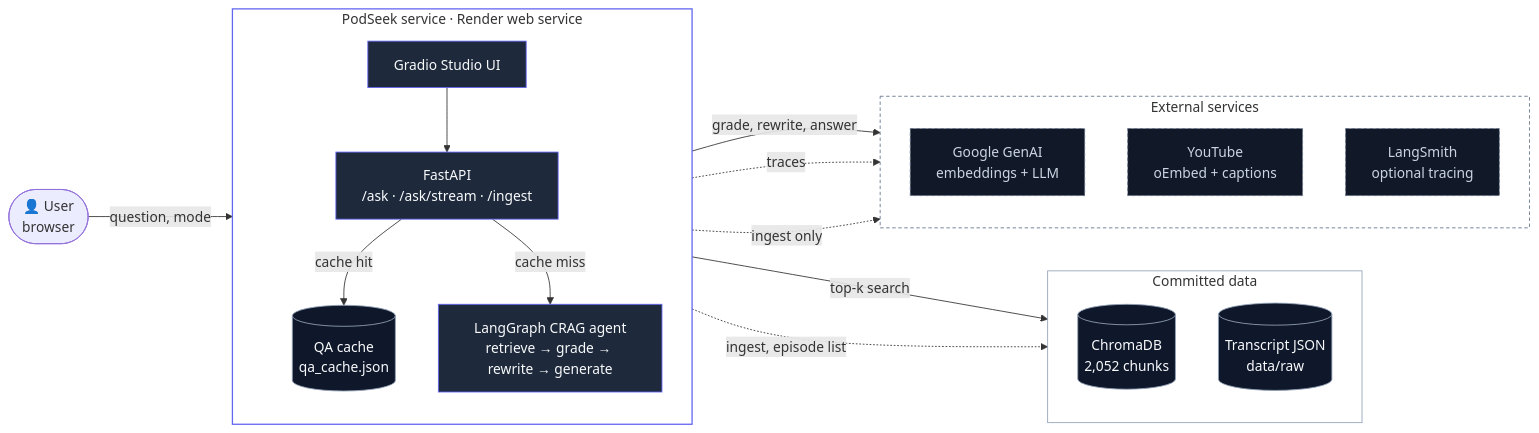
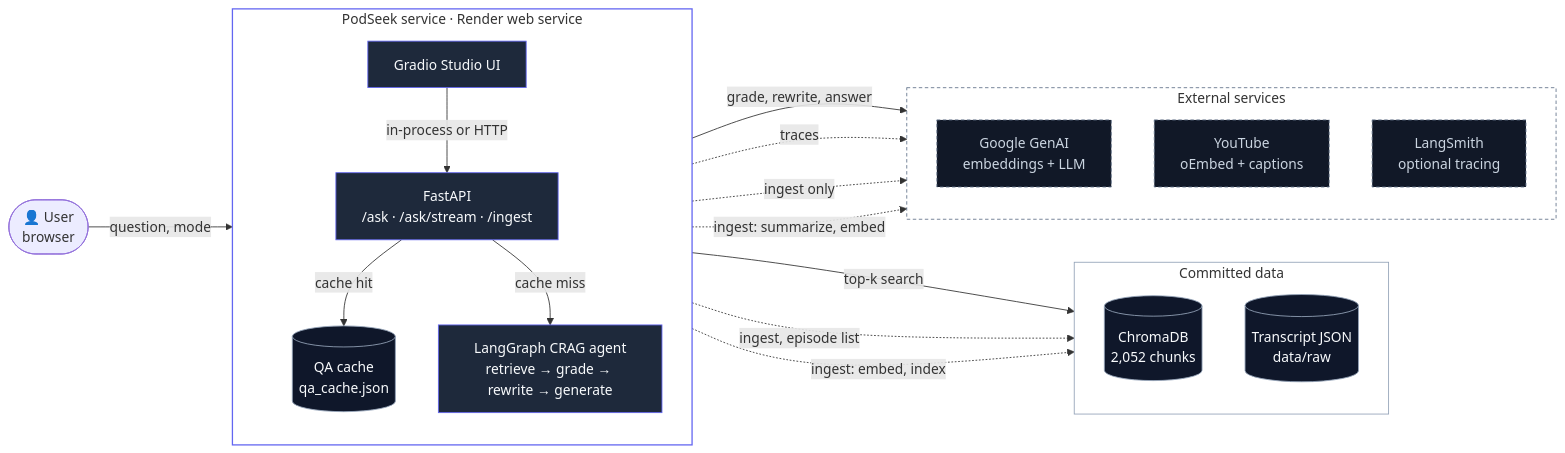
Before and after one commit to nmhiremath/PodSeek: the first of 2 diagrams in README.md, drawn with Mermaid. The commit also changed other lines of this file and 8 other files, not shown here.

Commit message:
docs: visible mode trails, contrast fixes, drop D2 diagram, ingest edges

````diff
--- a/README.md
+++ b/README.md
@@ -129,45 +122,47 @@
 ```mermaid
 flowchart LR
     user(["👤 User<br/>browser"])
 
     subgraph svc["PodSeek service · Render web service"]
         direction TB
         ui["Gradio Studio UI"]
         api["FastAPI<br/>/ask · /ask/stream · /ingest"]
         cache[("QA cache<br/>qa_cache.json")]
         agent["LangGraph CRAG agent<br/>retrieve → grade → rewrite → generate"]
-        ui --> api
+        ui -- "in-process or HTTP" --> api
         api -- "cache hit" --> cache
         api -- "cache miss" --> agent
     end
 
     subgraph data["Committed data"]
         direction TB
         chroma[("ChromaDB<br/>2,052 chunks")]
         raw[("Transcript JSON<br/>data/raw")]
     end
 
     subgraph ext["External services"]
         direction TB
         gemini["Google GenAI<br/>embeddings + LLM"]
         yt["YouTube<br/>oEmbed + captions"]
         ls["LangSmith<br/>optional tracing"]
     end
 
     user -- "question, mode" --> ui
     agent -- "top-k search" --> chroma
     agent -- "grade, rewrite, answer" --> gemini
     agent -. "traces" .-> ls
     api -. "ingest only" .-> yt
     api -. "ingest, episode list" .-> raw
+    api -. "ingest: embed, index" .-> chroma
+    api -. "ingest: summarize, embed" .-> gemini
 
     classDef core fill:#1E293B,stroke:#6366F1,color:#F8FAFC
     classDef store fill:#0F172A,stroke:#94A3B8,color:#F8FAFC
     classDef extn fill:#111827,stroke:#64748B,color:#CBD5E1,stroke-dasharray:4 3
     class ui,api,agent core
     class cache,chroma,raw store
     class gemini,yt,ls extn
     style svc fill:transparent,stroke:#6366F1,stroke-width:1.5px
     style data fill:transparent,stroke:#94A3B8
     style ext fill:transparent,stroke:#64748B,stroke-dasharray:4 3
 ```
````
